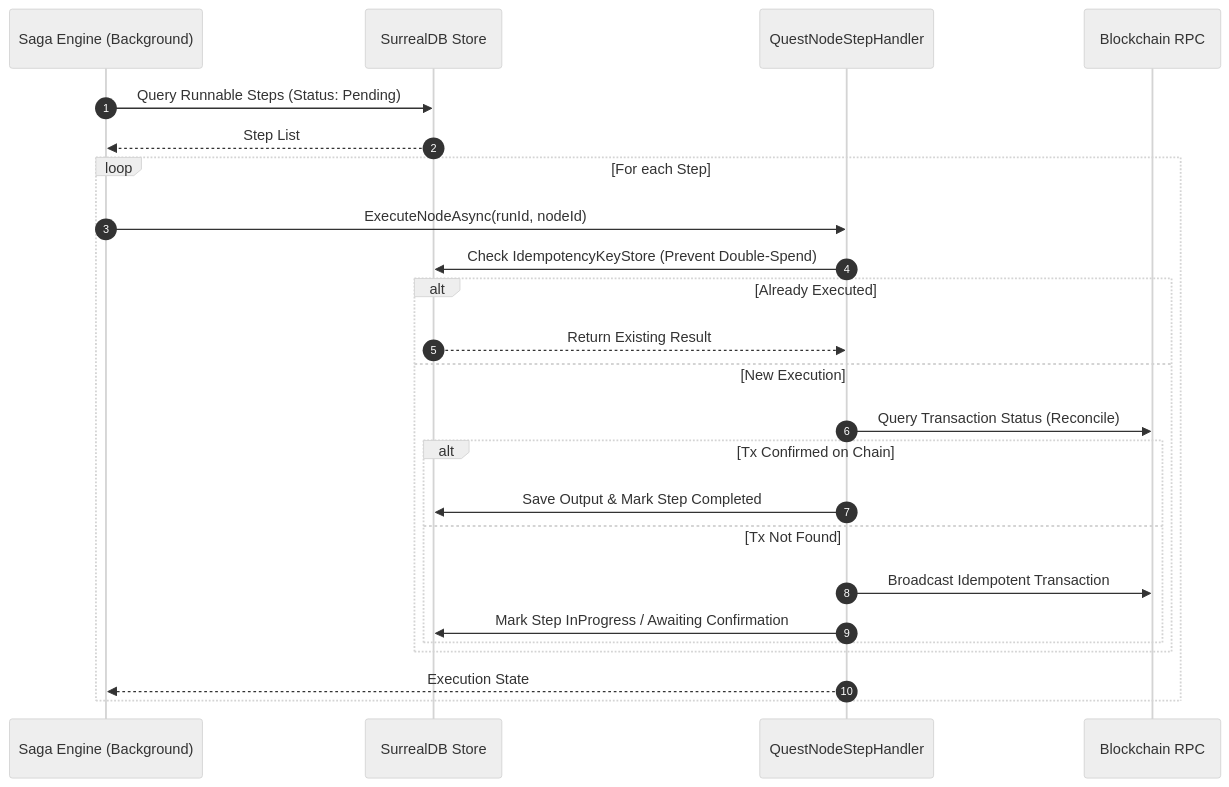
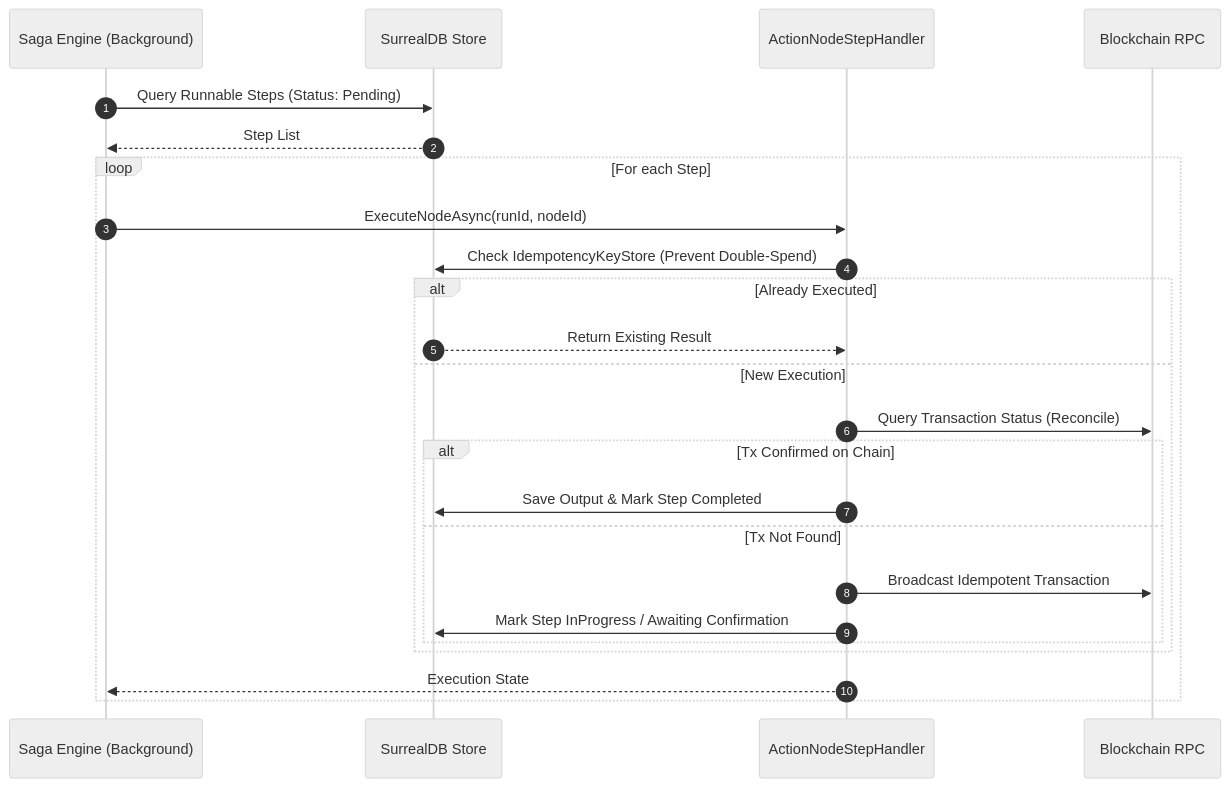
One commit to JadeZaher/azoa-autonomous-zones-of-action changed the fourth of 5 diagrams in docs/DEV-DOCS.md. Above: the diagram before and after it, drawn with Mermaid (neutral theme). The commit also changed other lines of this file and 1347 other files, not shown here.

````diff
--- a/docs/DEV-DOCS.md
+++ b/docs/DEV-DOCS.md
@@ -141,27 +141,27 @@
 ```mermaid
 sequenceDiagram
     autonumber
     participant Engine as Saga Engine (Background)
     participant DB as SurrealDB Store
-    participant Handler as QuestNodeStepHandler
+    participant Handler as ActionNodeStepHandler
     participant Chain as Blockchain RPC
 
     Engine->>DB: Query Runnable Steps (Status: Pending)
     DB-->>Engine: Step List
     loop For each Step
         Engine->>Handler: ExecuteNodeAsync(runId, nodeId)
         Handler->>DB: Check IdempotencyKeyStore (Prevent Double-Spend)
         alt Already Executed
             DB-->>Handler: Return Existing Result
         else New Execution
             Handler->>Chain: Query Transaction Status (Reconcile)
             alt Tx Confirmed on Chain
                 Handler->>DB: Save Output & Mark Step Completed
             else Tx Not Found
                 Handler->>Chain: Broadcast Idempotent Transaction
                 Handler->>DB: Mark Step InProgress / Awaiting Confirmation
             end
         end
         Handler-->>Engine: Execution State
     end
 ```
````
